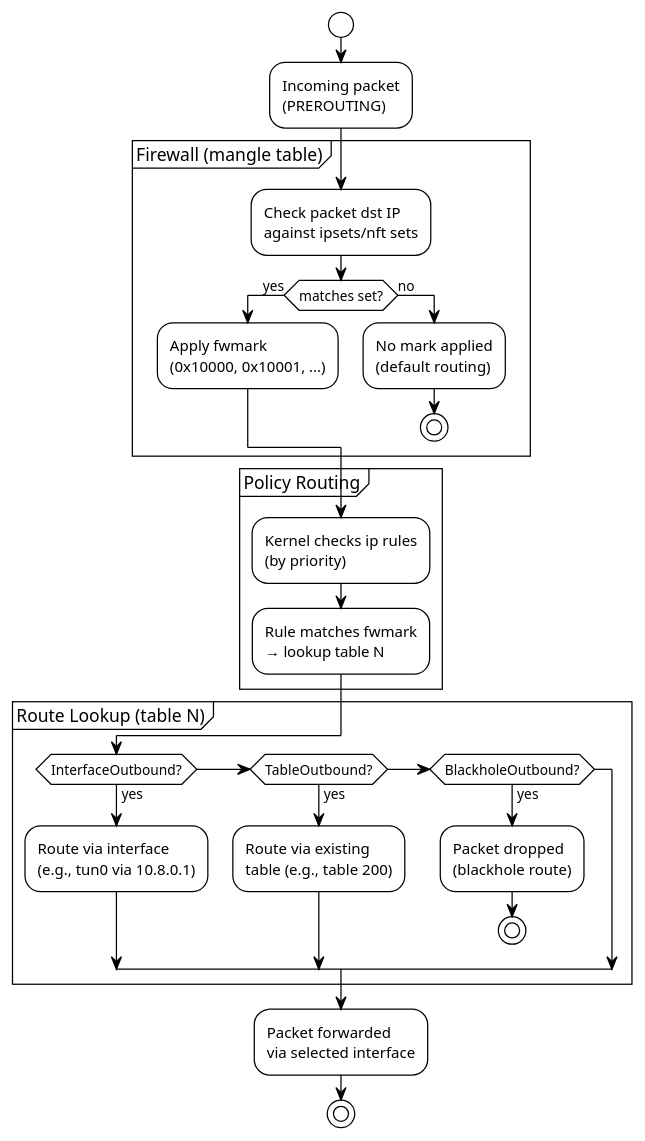
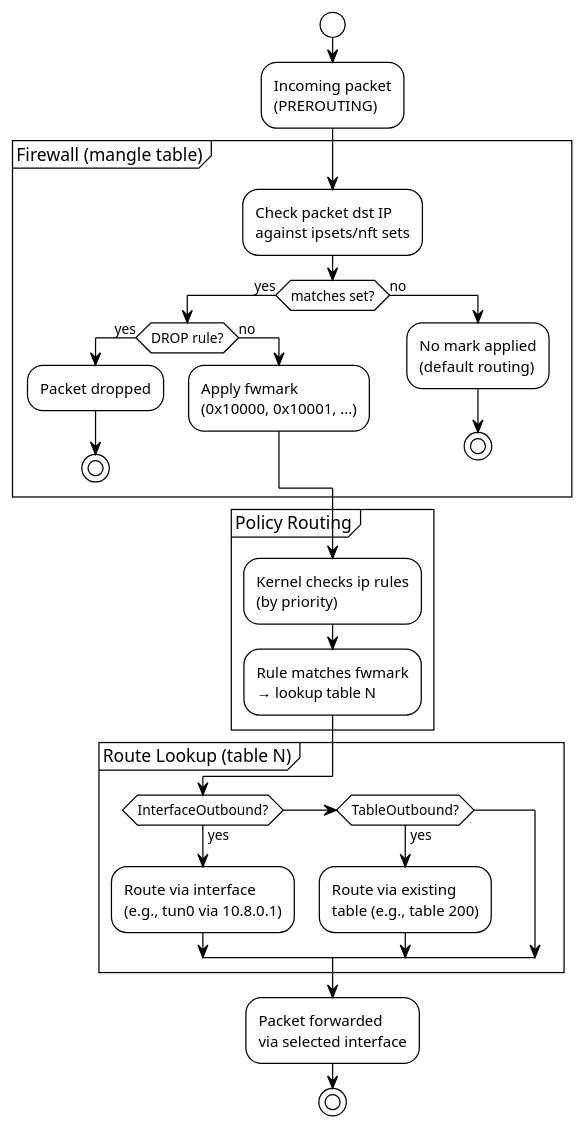
One commit to maksimkurb/keen-pbr changed diagram 15 of 16 in STATE.md. Above: the diagram before and after it, drawn with PlantUML. The commit also changed other lines of this file and 5 other files, not shown here.

````diff
--- a/STATE.md
+++ b/STATE.md
@@ -1472,38 +1679,40 @@
 ```plantuml
 @startuml packetflow
 !theme plain
 skinparam backgroundColor white
 
 start
 :Incoming packet\n(PREROUTING);
 
 partition "Firewall (mangle table)" {
   :Check packet dst IP\nagainst ipsets/nft sets;
   if (matches set?) then (yes)
-    :Apply fwmark\n(0x10000, 0x10001, ...);
+    if (DROP rule?) then (yes)
+      :Packet dropped;
+      stop
+    else (no)
+      :Apply fwmark\n(0x10000, 0x10001, ...);
+    endif
   else (no)
     :No mark applied\n(default routing);
     stop
   endif
 }
 
 partition "Policy Routing" {
   :Kernel checks ip rules\n(by priority);
   :Rule matches fwmark\n→ lookup table N;
 }
 
 partition "Route Lookup (table N)" {
   if (InterfaceOutbound?) then (yes)
     :Route via interface\n(e.g., tun0 via 10.8.0.1);
   elseif (TableOutbound?) then (yes)
     :Route via existing\ntable (e.g., table 200);
-  elseif (BlackholeOutbound?) then (yes)
-    :Packet dropped\n(blackhole route);
-    stop
   endif
 }
 
 :Packet forwarded\nvia selected interface;
 stop
 @enduml
 ```
````
